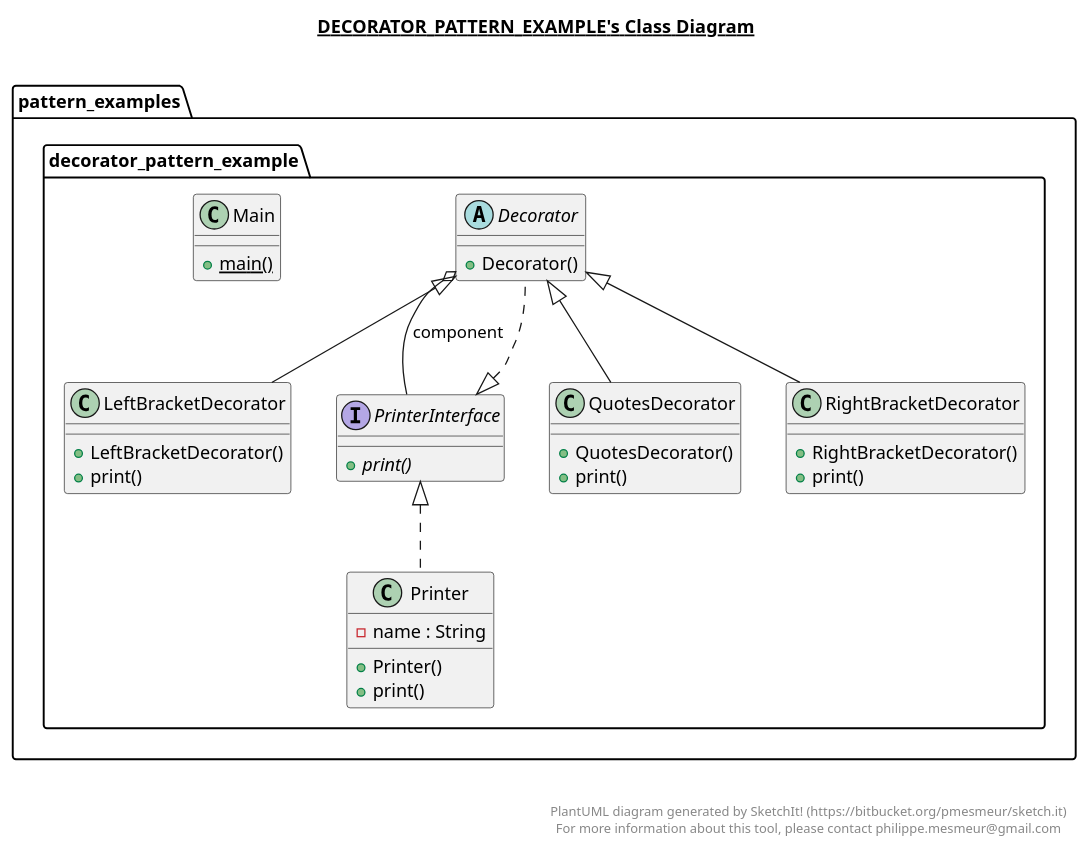
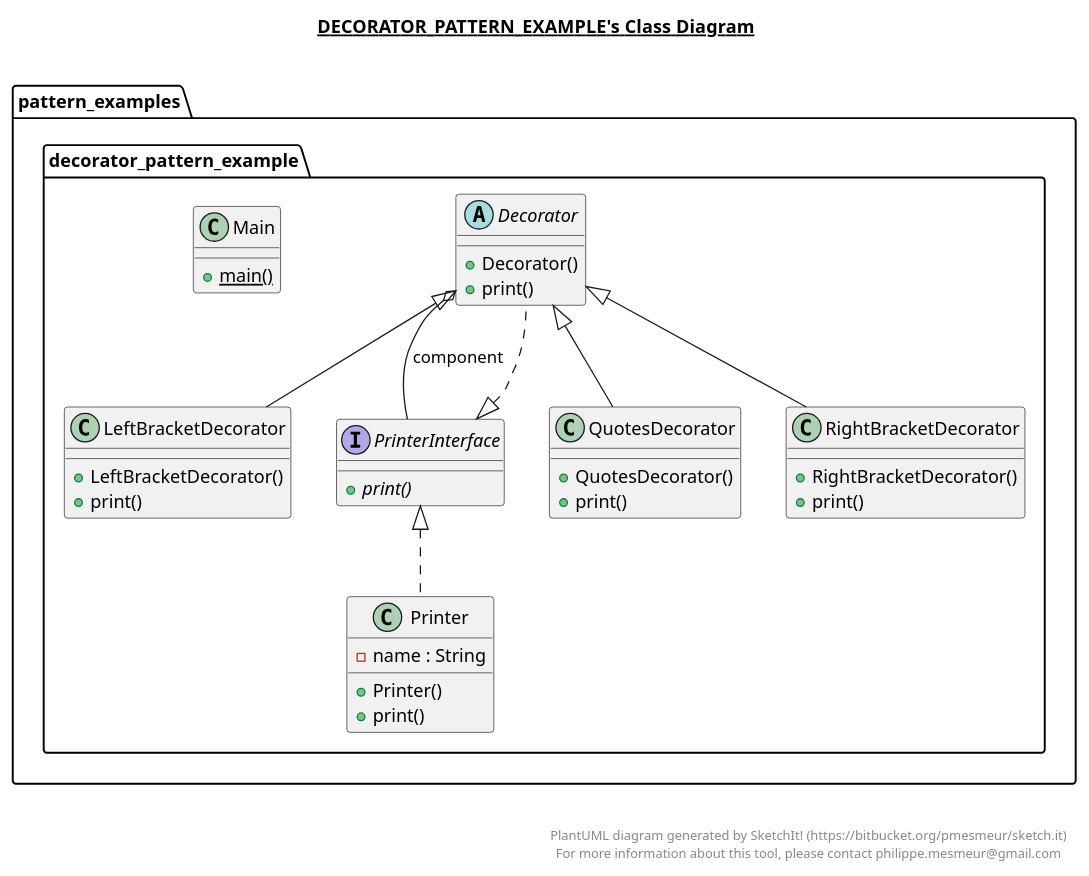
Before and after one commit to ilyasikirytski/Chapter_23: the diagram in src/pattern_examples/decorator_pattern_example/decorator_pattern_example.plantuml, drawn with PlantUML.

Commit message:
decorator_pattern_example\ add plantUML diagram

```diff
--- a/src/pattern_examples/decorator_pattern_example/decorator_pattern_example.plantuml
+++ b/src/pattern_examples/decorator_pattern_example/decorator_pattern_example.plantuml
@@ -1,74 +1,75 @@
 @startuml
 
 title __DECORATOR_PATTERN_EXAMPLE's Class Diagram__\n
 
   namespace pattern_examples.decorator_pattern_example {
     abstract class pattern_examples.decorator_pattern_example.Decorator {
         + Decorator()
+        + print()
     }
   }
   
 
   namespace pattern_examples.decorator_pattern_example {
     class pattern_examples.decorator_pattern_example.LeftBracketDecorator {
         + LeftBracketDecorator()
         + print()
     }
   }
   
 
   namespace pattern_examples.decorator_pattern_example {
     class pattern_examples.decorator_pattern_example.Main {
         {static} + main()
     }
   }
   
 
   namespace pattern_examples.decorator_pattern_example {
     class pattern_examples.decorator_pattern_example.Printer {
         - name : String
         + Printer()
         + print()
     }
   }
   
 
   namespace pattern_examples.decorator_pattern_example {
     interface pattern_examples.decorator_pattern_example.PrinterInterface {
         {abstract} + print()
     }
   }
   
 
   namespace pattern_examples.decorator_pattern_example {
     class pattern_examples.decorator_pattern_example.QuotesDecorator {
         + QuotesDecorator()
         + print()
     }
   }
   
 
   namespace pattern_examples.decorator_pattern_example {
     class pattern_examples.decorator_pattern_example.RightBracketDecorator {
         + RightBracketDecorator()
         + print()
     }
   }
   
 
   pattern_examples.decorator_pattern_example.Decorator .up.|> pattern_examples.decorator_pattern_example.PrinterInterface
   pattern_examples.decorator_pattern_example.Decorator o-- pattern_examples.decorator_pattern_example.PrinterInterface : component
   pattern_examples.decorator_pattern_example.LeftBracketDecorator -up-|> pattern_examples.decorator_pattern_example.Decorator
   pattern_examples.decorator_pattern_example.Printer .up.|> pattern_examples.decorator_pattern_example.PrinterInterface
   pattern_examples.decorator_pattern_example.QuotesDecorator -up-|> pattern_examples.decorator_pattern_example.Decorator
   pattern_examples.decorator_pattern_example.RightBracketDecorator -up-|> pattern_examples.decorator_pattern_example.Decorator
 
 
 right footer
 
 
 PlantUML diagram generated by SketchIt! (https://bitbucket.org/pmesmeur/sketch.it)
 For more information about this tool, please contact philippe.mesmeur@gmail.com
 endfooter
 
 @enduml
```
